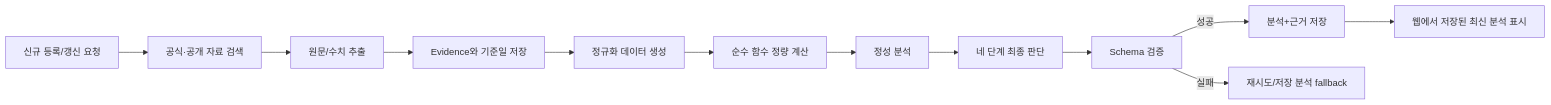
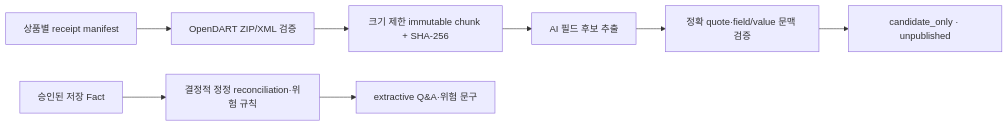
One commit to yeony-park/finance-ai-challenge-2026 changed the diagram in docs/ART_INVESTMENT_AI_SPEC.md. Above: the diagram before and after it, drawn with Mermaid. The commit also changed other lines of this file and 35 other files, not shown here.

Commit message:
feat: add grounded OpenDART AI review flow

````diff
--- a/docs/ART_INVESTMENT_AI_SPEC.md
+++ b/docs/ART_INVESTMENT_AI_SPEC.md
@@ -40,14 +40,10 @@
 ```mermaid
 flowchart LR
-  R[신규 등록/갱신 요청] --> S[공식·공개 자료 검색]
-  S --> X[원문/수치 추출]
-  X --> E[Evidence와 기준일 저장]
-  E --> N[정규화 데이터 생성]
-  N --> Q[순수 함수 정량 계산]
-  Q --> A[정성 분석]
-  A --> V[네 단계 최종 판단]
-  V --> Z[Schema 검증]
-  Z -->|성공| P[분석+근거 저장]
-  Z -->|실패| Y[재시도/저장 분석 fallback]
-  P --> W[웹에서 저장된 최신 분석 표시]
+  M[상품별 receipt manifest] --> D[OpenDART ZIP/XML 검증]
+  D --> C[크기 제한 immutable chunk + SHA-256]
+  C --> A[AI 필드 후보 추출]
+  A --> V[정확 quote·field/value 문맥 검증]
+  V --> U[candidate_only · unpublished]
+  F[승인된 저장 Fact] --> R[결정적 정정 reconciliation·위험 규칙]
+  R --> Q[extractive Q&A·위험 문구]
 ```
````
